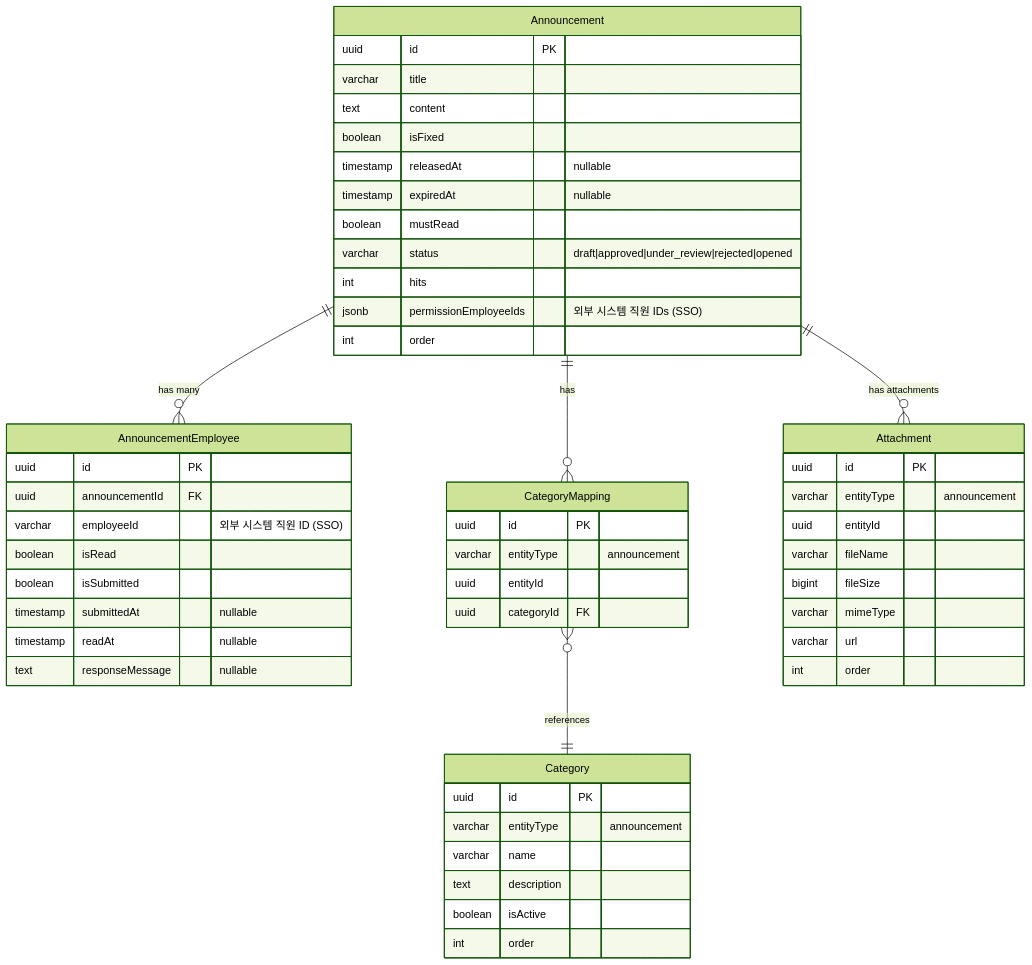
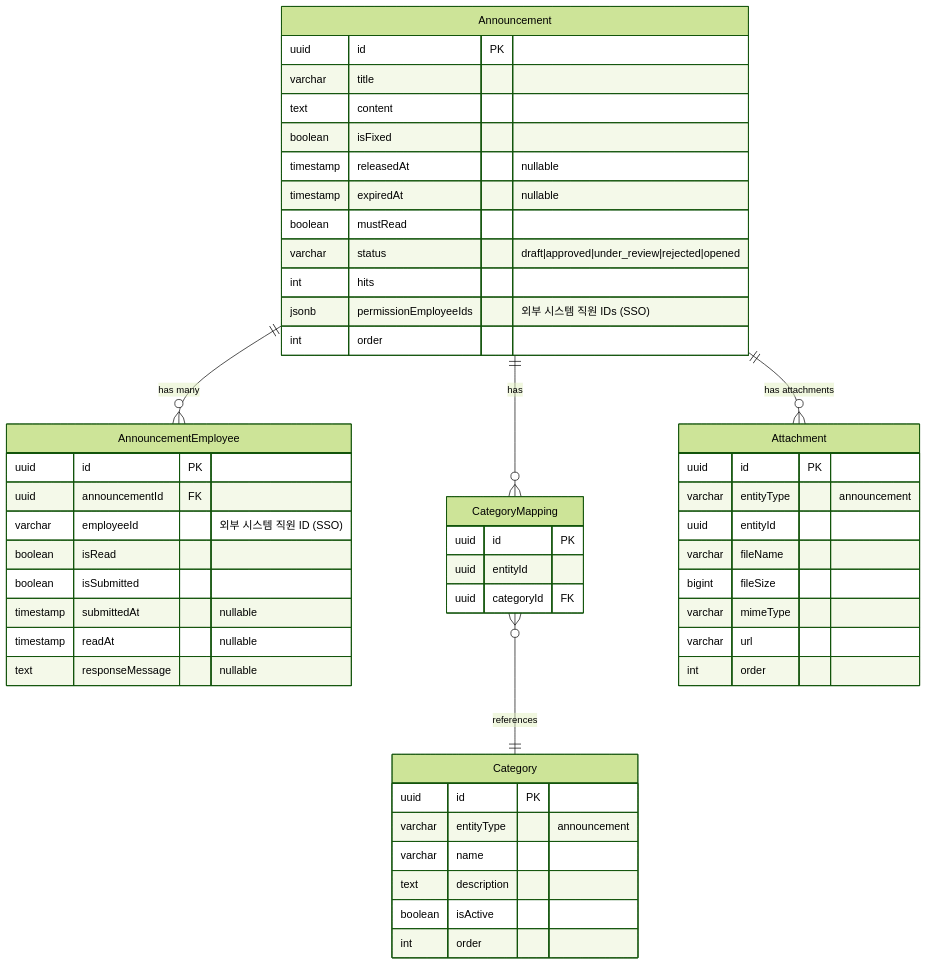
The fourth of 7 diagrams in docs/er-diagram.md (GTD-web/Back_ContentsManagementSystem), drawn with Mermaid (forest theme) before and after one commit. The commit also changed other lines of this file and 1 other file, not shown here.

````diff
--- a/docs/er-diagram.md
+++ b/docs/er-diagram.md
@@ -599,59 +619,58 @@
 ```mermaid
 erDiagram
     Announcement {
         uuid id PK
         varchar title
         text content
         boolean isFixed
         timestamp releasedAt "nullable"
         timestamp expiredAt "nullable"
         boolean mustRead
         varchar status "draft|approved|under_review|rejected|opened"
         int hits
         jsonb permissionEmployeeIds "외부 시스템 직원 IDs (SSO)"
         int order
     }
     
     AnnouncementEmployee {
         uuid id PK
         uuid announcementId FK
         varchar employeeId "외부 시스템 직원 ID (SSO)"
         boolean isRead
         boolean isSubmitted
         timestamp submittedAt "nullable"
         timestamp readAt "nullable"
         text responseMessage "nullable"
     }
     
     CategoryMapping {
         uuid id PK
-        varchar entityType "announcement"
         uuid entityId
         uuid categoryId FK
     }
     
     Category {
         uuid id PK
         varchar entityType "announcement"
         varchar name
         text description
         boolean isActive
         int order
     }
     
     Attachment {
         uuid id PK
         varchar entityType "announcement"
         uuid entityId
         varchar fileName
         bigint fileSize
         varchar mimeType
         varchar url
         int order
     }
     
     Announcement ||--o{ CategoryMapping : "has"
     CategoryMapping }o--|| Category : "references"
     Announcement ||--o{ AnnouncementEmployee : "has many"
     Announcement ||--o{ Attachment : "has attachments"
 ```
````
